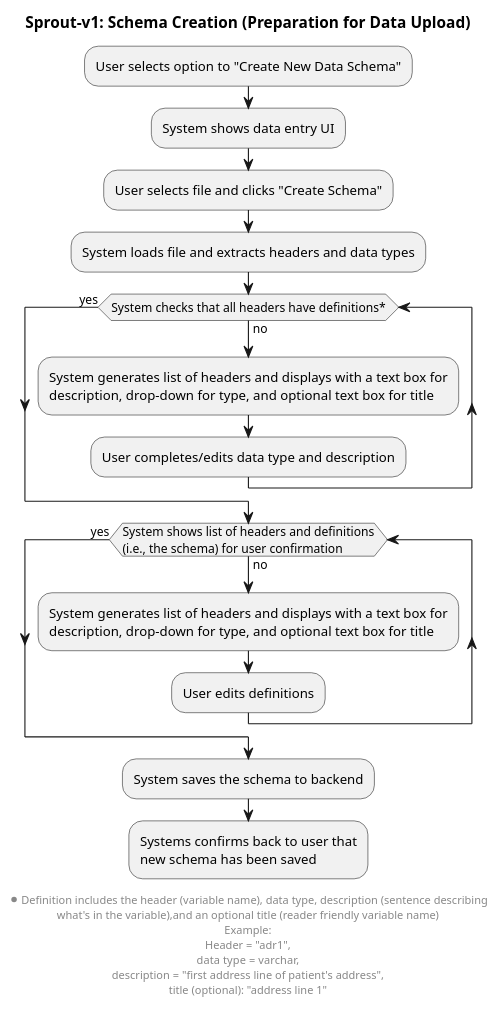
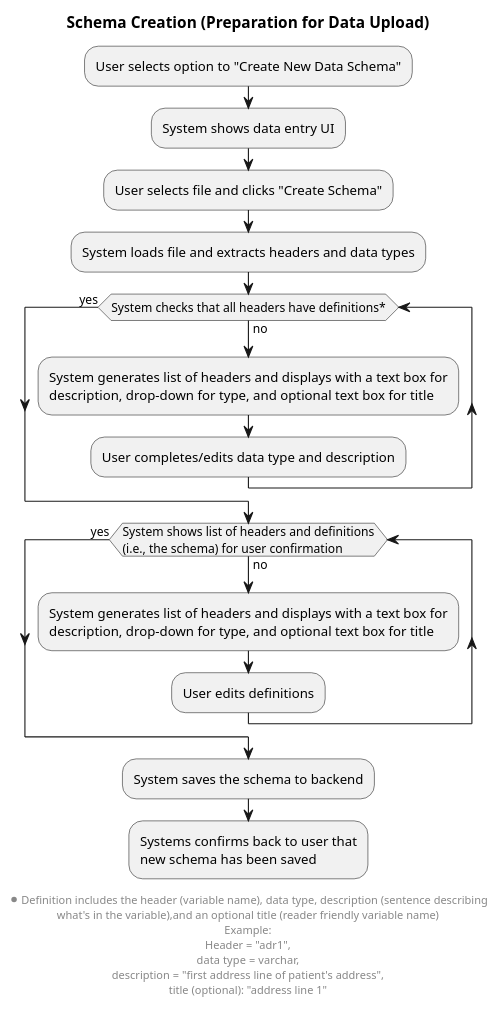
The diagram in docs/design/images/schema-creation-flow.puml (signekb/seedcase-sprout), drawn with PlantUML before and after one commit. The commit also changed 2 other files, not shown here.

```diff
--- a/docs/design/images/schema-creation-flow.puml
+++ b/docs/design/images/schema-creation-flow.puml
@@ -1,24 +1,24 @@
-@startuml sprout-v1-schema-creation-flow
+@startuml schema-creation-flow
 
-title Sprout-v1: Schema Creation (Preparation for Data Upload)
+title Schema Creation (Preparation for Data Upload)
 ' User prepares to upload data by creating data schema
 
 :User selects option to "Create New Data Schema";
 :System shows data entry UI;
 :User selects file and clicks "Create Schema";
 :System loads file and extracts headers and data types;
     while (System checks that all headers have definitions*) is (no)
 :System generates list of headers and displays with a text box for\ndescription, drop-down for type, and optional text box for title;
 :User completes/edits data type and description;
     end while (yes)
     while (System shows list of headers and definitions\n(i.e., the schema) for user confirmation) is (no)
 :System generates list of headers and displays with a text box for\ndescription, drop-down for type, and optional text box for title;
 :User edits definitions;
     end while (yes)
 :System saves the schema to backend;
 :Systems confirms back to user that
 new schema has been saved;
 
 footer \n*Definition includes the header (variable name), data type, description (sentence describing\nwhat's in the variable),and an optional title (reader friendly variable name)\nExample:\nHeader = "adr1",\ndata type = varchar,\ndescription = "first address line of patient's address",\ntitle (optional): "address line 1"
 
 @enduml
```
